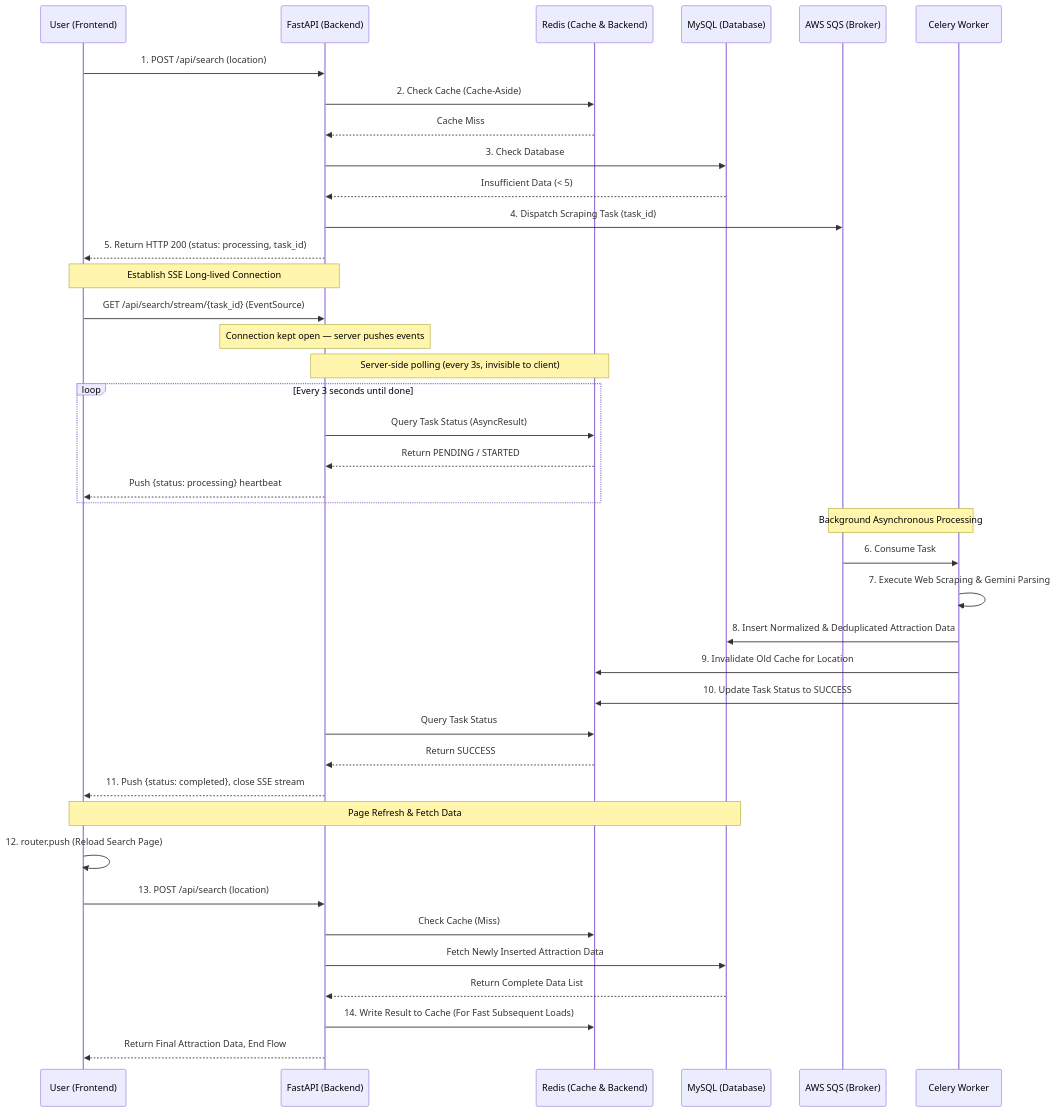
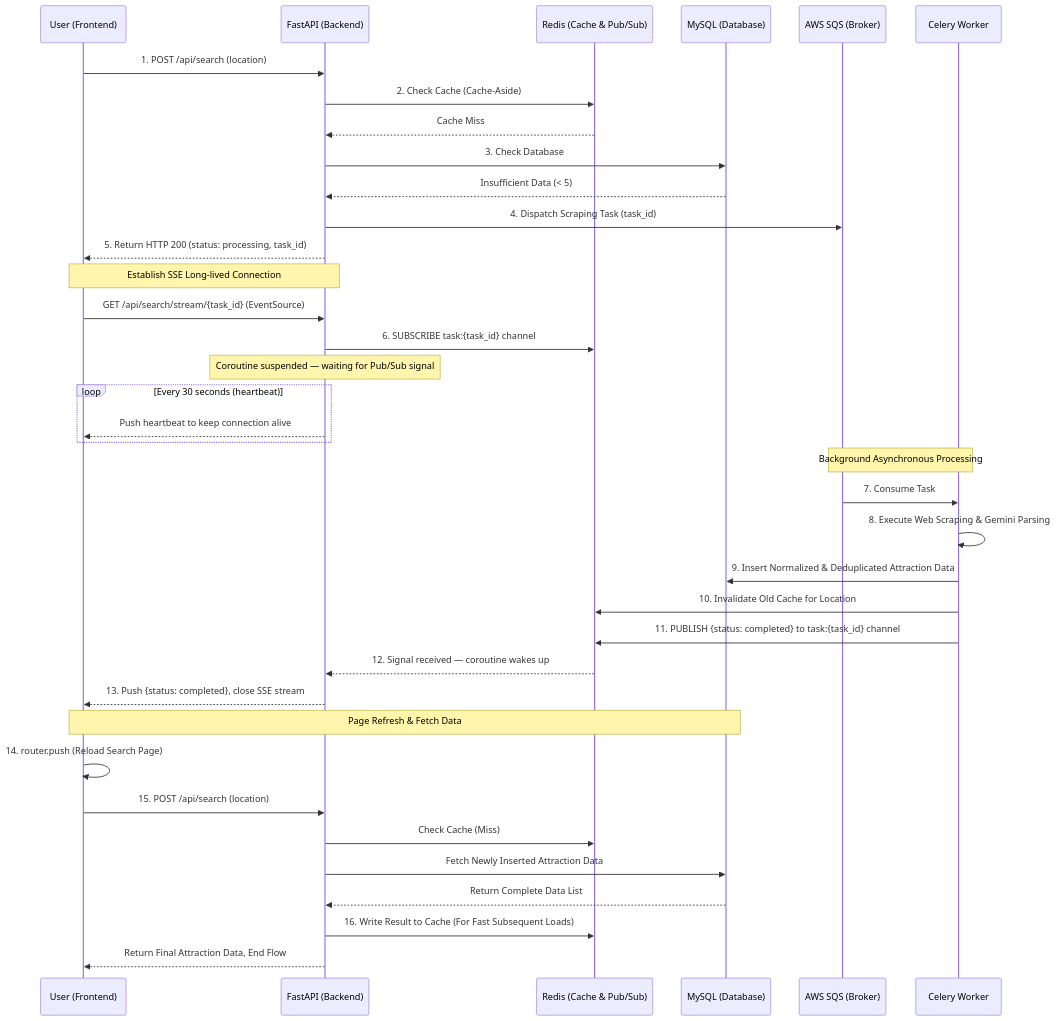
One commit to LINKUANYU/easy-travel-scheduler changed the first of 2 diagrams in README.md. Above: the diagram before and after it, drawn with Mermaid. The commit also changed other lines of this file, not shown here.

Commit message:
UPDATE: READEME

````diff
--- a/README.md
+++ b/README.md
@@ -59,48 +59,45 @@
 ```mermaid
 sequenceDiagram
     participant U as User (Frontend)
     participant F as FastAPI (Backend)
-    participant R as Redis (Cache & Backend)
+    participant R as Redis (Cache & Pub/Sub)
     participant DB as MySQL (Database)
     participant SQS as AWS SQS (Broker)
     participant W as Celery Worker
 
     U->>F: 1. POST /api/search (location)
     F->>R: 2. Check Cache (Cache-Aside)
     R-->>F: Cache Miss
     F->>DB: 3. Check Database
     DB-->>F: Insufficient Data (< 5)
     F->>SQS: 4. Dispatch Scraping Task (task_id)
     F-->>U: 5. Return HTTP 200 (status: processing, task_id)
 
     note over U,F: Establish SSE Long-lived Connection
     U->>F: GET /api/search/stream/{task_id} (EventSource)
-    note over F: Connection kept open — server pushes events
+    F->>R: 6. SUBSCRIBE task:{task_id} channel
+    note over F: Coroutine suspended — waiting for Pub/Sub signal
 
-    note over F,R: Server-side polling (every 3s, invisible to client)
-    loop Every 3 seconds until done
-        F->>R: Query Task Status (AsyncResult)
-        R-->>F: Return PENDING / STARTED
-        F-->>U: Push {status: processing} heartbeat
+    loop Every 30 seconds (heartbeat)
+        F-->>U: Push heartbeat to keep connection alive
     end
 
     note over SQS,W: Background Asynchronous Processing
-    SQS->>W: 6. Consume Task
-    W->>W: 7. Execute Web Scraping & Gemini Parsing
-    W->>DB: 8. Insert Normalized & Deduplicated Attraction Data
-    W->>R: 9. Invalidate Old Cache for Location
-    W->>R: 10. Update Task Status to SUCCESS
+    SQS->>W: 7. Consume Task
+    W->>W: 8. Execute Web Scraping & Gemini Parsing
+    W->>DB: 9. Insert Normalized & Deduplicated Attraction Data
+    W->>R: 10. Invalidate Old Cache for Location
+    W->>R: 11. PUBLISH {status: completed} to task:{task_id} channel
 
-    F->>R: Query Task Status
-    R-->>F: Return SUCCESS
-    F-->>U: 11. Push {status: completed}, close SSE stream
+    R-->>F: 12. Signal received — coroutine wakes up
+    F-->>U: 13. Push {status: completed}, close SSE stream
 
     note over U,DB: Page Refresh & Fetch Data
-    U->>U: 12. router.push (Reload Search Page)
-    U->>F: 13. POST /api/search (location)
+    U->>U: 14. router.push (Reload Search Page)
+    U->>F: 15. POST /api/search (location)
     F->>R: Check Cache (Miss)
     F->>DB: Fetch Newly Inserted Attraction Data
     DB-->>F: Return Complete Data List
-    F->>R: 14. Write Result to Cache (For Fast Subsequent Loads)
+    F->>R: 16. Write Result to Cache (For Fast Subsequent Loads)
     F-->>U: Return Final Attraction Data, End Flow
 ```
````
